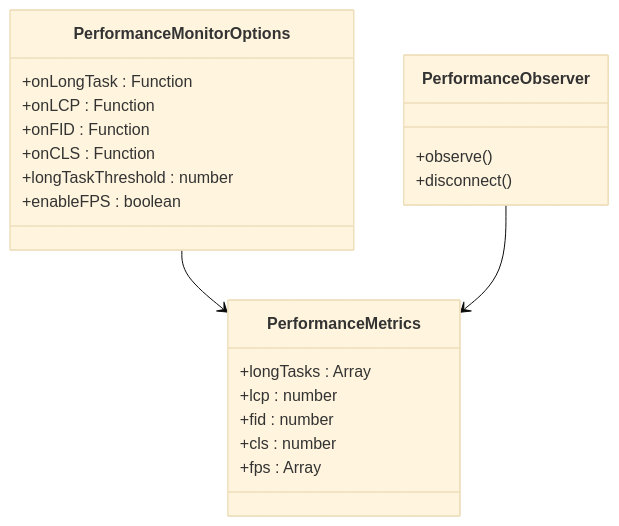
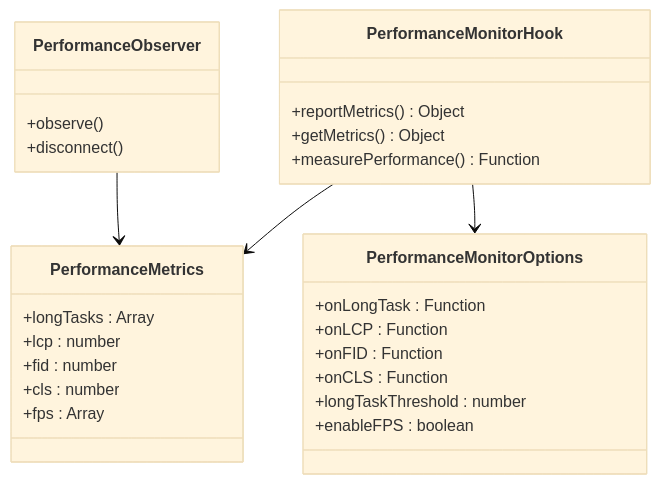
One commit to KunLabAI/KunFlix changed the second of 10 diagrams in .qoder/repowiki/zh/content/前端应用架构/性能监控系统.md. Above: the diagram before and after it, drawn with Mermaid (base theme). The commit also changed other lines of this file and 22 other files, not shown here.

````diff
--- a/.qoder/repowiki/zh/content/前端应用架构/性能监控系统.md
+++ b/.qoder/repowiki/zh/content/前端应用架构/性能监控系统.md
@@ -92,24 +103,30 @@
 ```mermaid
 classDiagram
 class PerformanceMetrics {
 +longTasks : Array
 +lcp : number
 +fid : number
 +cls : number
 +fps : Array
 }
 class PerformanceMonitorOptions {
 +onLongTask : Function
 +onLCP : Function
 +onFID : Function
 +onCLS : Function
 +longTaskThreshold : number
 +enableFPS : boolean
 }
 class PerformanceObserver {
 +observe()
 +disconnect()
 }
-PerformanceMonitorOptions --> PerformanceMetrics
+class PerformanceMonitorHook {
++reportMetrics() Object
++getMetrics() Object
++measurePerformance() Function
+}
+PerformanceMonitorHook --> PerformanceMetrics
+PerformanceMonitorHook --> PerformanceMonitorOptions
 PerformanceObserver --> PerformanceMetrics
 ```
````
